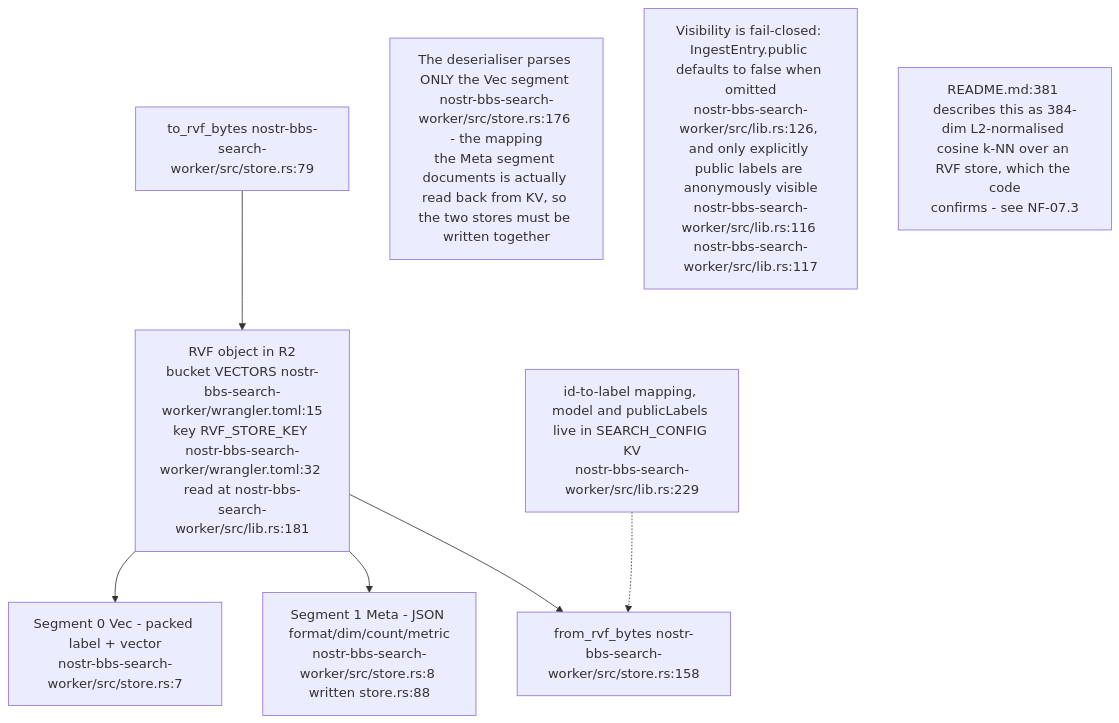
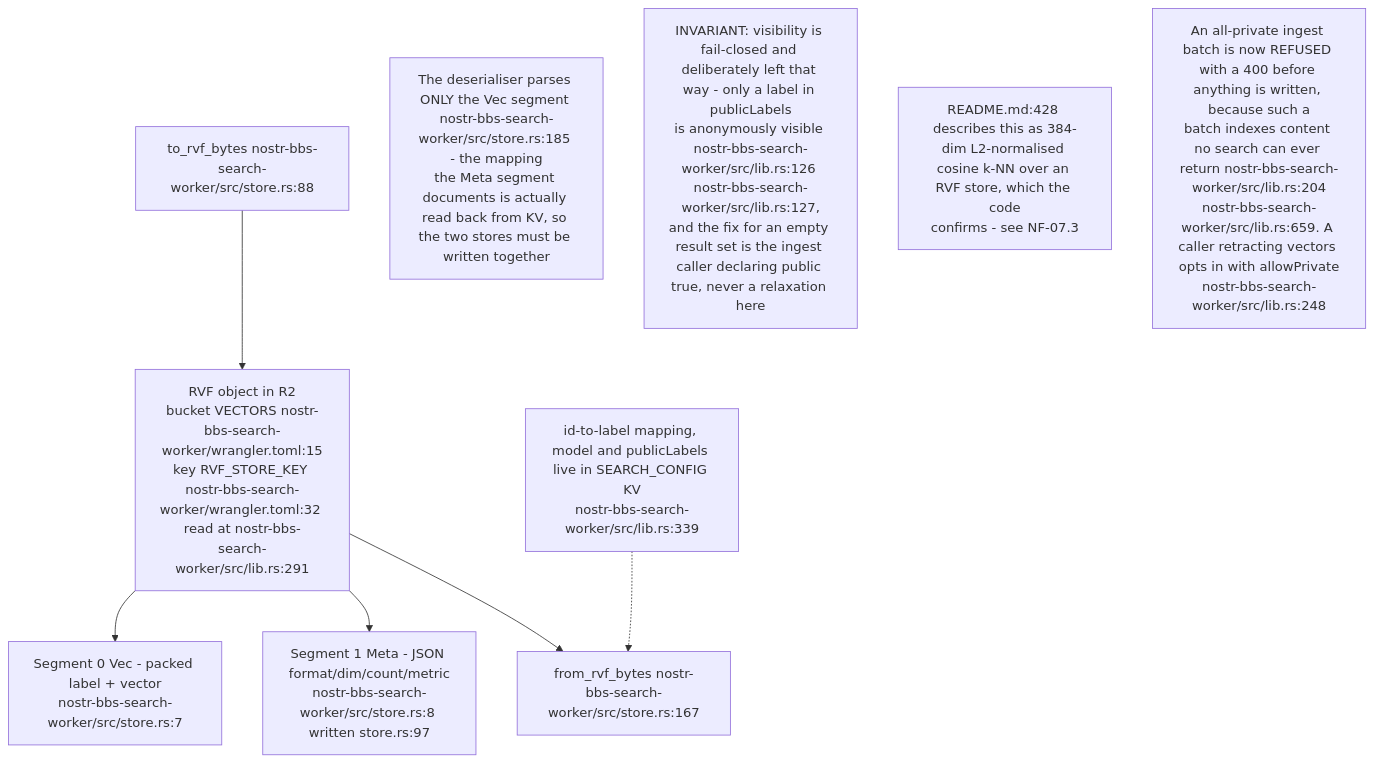
Before and after one commit to DreamLab-AI/VisionFlow: the fourth of 8 diagrams in docs/diagrams/nostr-rust-forum/07-search-preview-and-shared-worker-utilities.md, drawn with Mermaid. The commit also changed other lines of this file and 11 other files, not shown here.

````diff
--- a/docs/diagrams/nostr-rust-forum/07-search-preview-and-shared-worker-utilities.md
+++ b/docs/diagrams/nostr-rust-forum/07-search-preview-and-shared-worker-utilities.md
@@ -104,18 +109,19 @@
 ```mermaid
 flowchart TB
-    RVF["RVF object in R2<br/>bucket VECTORS nostr-bbs-search-worker/wrangler.toml:15<br/>key RVF_STORE_KEY nostr-bbs-search-worker/wrangler.toml:32 read at nostr-bbs-search-worker/src/lib.rs:181"]
+    RVF["RVF object in R2<br/>bucket VECTORS nostr-bbs-search-worker/wrangler.toml:15<br/>key RVF_STORE_KEY nostr-bbs-search-worker/wrangler.toml:32 read at nostr-bbs-search-worker/src/lib.rs:291"]
     SEGV["Segment 0 Vec - packed label + vector<br/>nostr-bbs-search-worker/src/store.rs:7"]
-    SEGM["Segment 1 Meta - JSON format/dim/count/metric<br/>nostr-bbs-search-worker/src/store.rs:8 written store.rs:88"]
-    SER["to_rvf_bytes nostr-bbs-search-worker/src/store.rs:79"]
-    DES["from_rvf_bytes nostr-bbs-search-worker/src/store.rs:158"]
-    KV["id-to-label mapping, model and publicLabels live in SEARCH_CONFIG KV<br/>nostr-bbs-search-worker/src/lib.rs:229"]
+    SEGM["Segment 1 Meta - JSON format/dim/count/metric<br/>nostr-bbs-search-worker/src/store.rs:8 written store.rs:97"]
+    SER["to_rvf_bytes nostr-bbs-search-worker/src/store.rs:88"]
+    DES["from_rvf_bytes nostr-bbs-search-worker/src/store.rs:167"]
+    KV["id-to-label mapping, model and publicLabels live in SEARCH_CONFIG KV<br/>nostr-bbs-search-worker/src/lib.rs:339"]
 
     RVF --> SEGV & SEGM
     SER --> RVF
     RVF --> DES
     KV -.-> DES
 
-    N1["The deserialiser parses ONLY the Vec segment nostr-bbs-search-worker/src/store.rs:176 - the mapping<br/>the Meta segment documents is actually read back from KV, so the two stores must be written together"]
-    N2["Visibility is fail-closed: IngestEntry.public defaults to false when omitted<br/>nostr-bbs-search-worker/src/lib.rs:126, and only explicitly public labels are anonymously visible<br/>nostr-bbs-search-worker/src/lib.rs:116 nostr-bbs-search-worker/src/lib.rs:117"]
-    N3["README.md:381 describes this as 384-dim L2-normalised cosine k-NN over an RVF store, which the code<br/>confirms - see NF-07.3"]
+    N1["The deserialiser parses ONLY the Vec segment nostr-bbs-search-worker/src/store.rs:185 - the mapping<br/>the Meta segment documents is actually read back from KV, so the two stores must be written together"]
+    N2["INVARIANT: visibility is fail-closed and deliberately left that way - only a label in publicLabels<br/>is anonymously visible nostr-bbs-search-worker/src/lib.rs:126 nostr-bbs-search-worker/src/lib.rs:127,<br/>and the fix for an empty result set is the ingest caller declaring public true, never a relaxation here"]
+    N3["README.md:428 describes this as 384-dim L2-normalised cosine k-NN over an RVF store, which the code<br/>confirms - see NF-07.3"]
+    N4["An all-private ingest batch is now REFUSED with a 400 before anything is written, because such a<br/>batch indexes content no search can ever return nostr-bbs-search-worker/src/lib.rs:204<br/>nostr-bbs-search-worker/src/lib.rs:659. A caller retracting vectors opts in with allowPrivate<br/>nostr-bbs-search-worker/src/lib.rs:248"]
 ```
````
